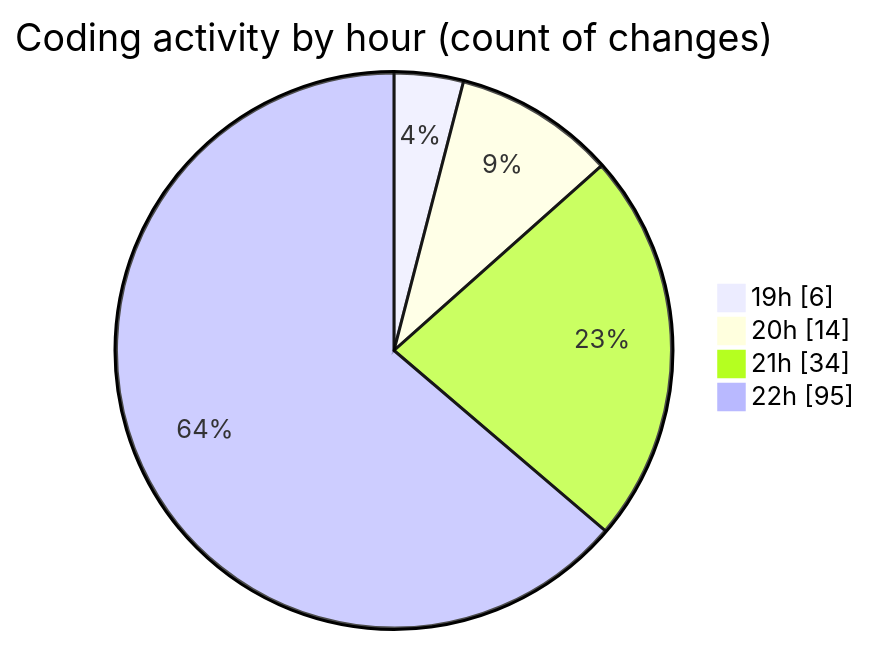
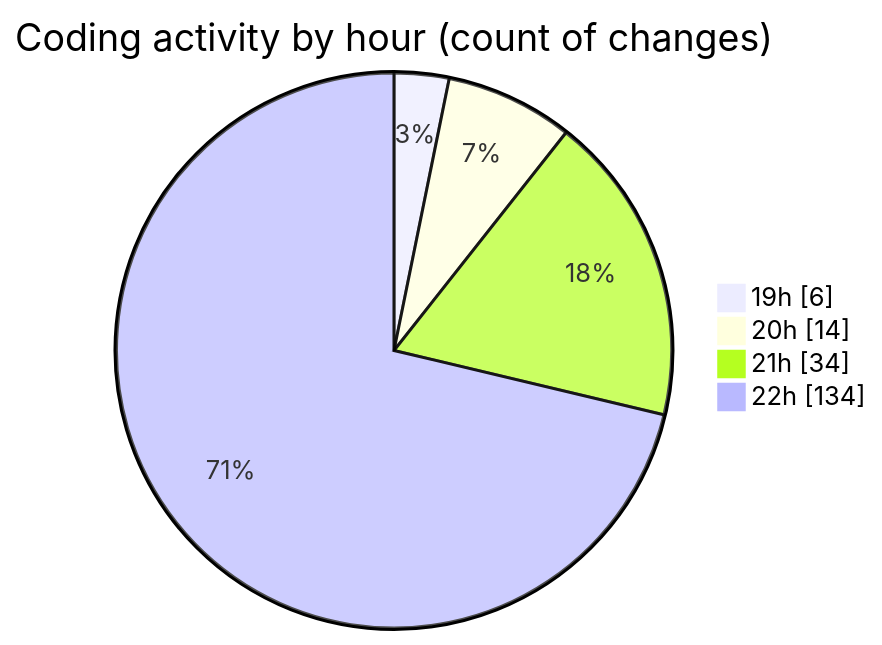
One commit to IJAZ3593/code-tracking changed the second of 2 diagrams in 2025-09-13/new_folder/README.md. Above: the diagram before and after it, drawn with Mermaid. The commit also changed other lines of this file and 1 other file, not shown here.

````diff
--- a/2025-09-13/new_folder/README.md
+++ b/2025-09-13/new_folder/README.md
@@ -35,8 +35,8 @@
 ```mermaid
 pie showData
 title Coding activity by hour (count of changes)
 "19h" : 6
 "20h" : 14
 "21h" : 34
-"22h" : 95
+"22h" : 134
 ```
````
